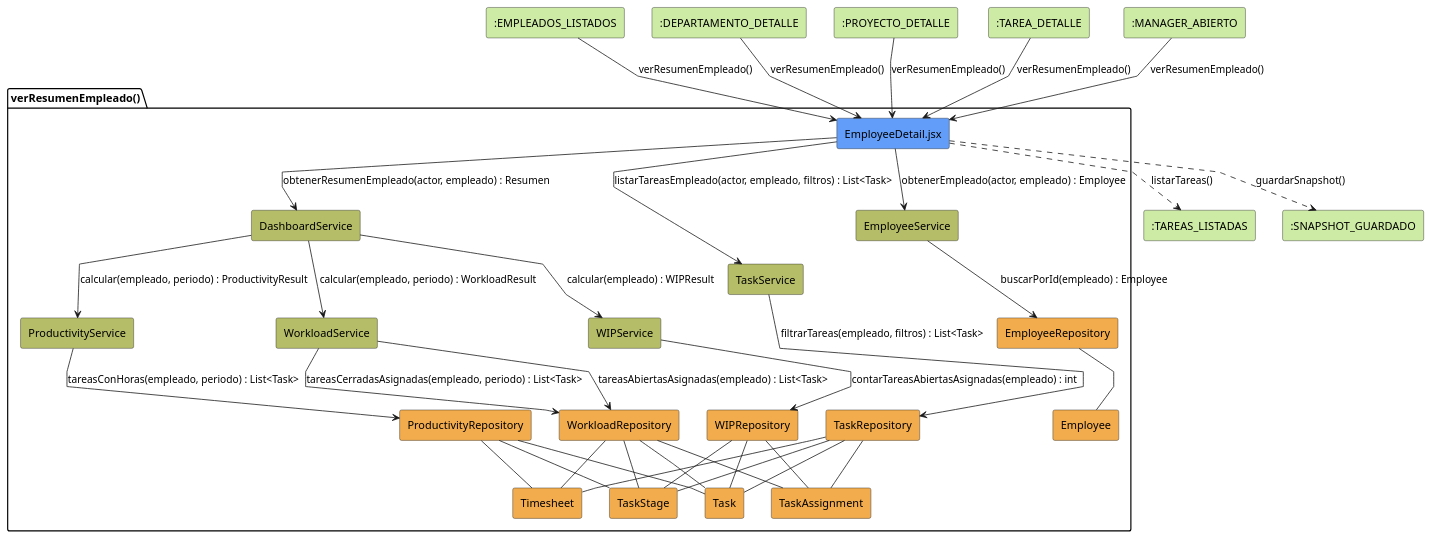
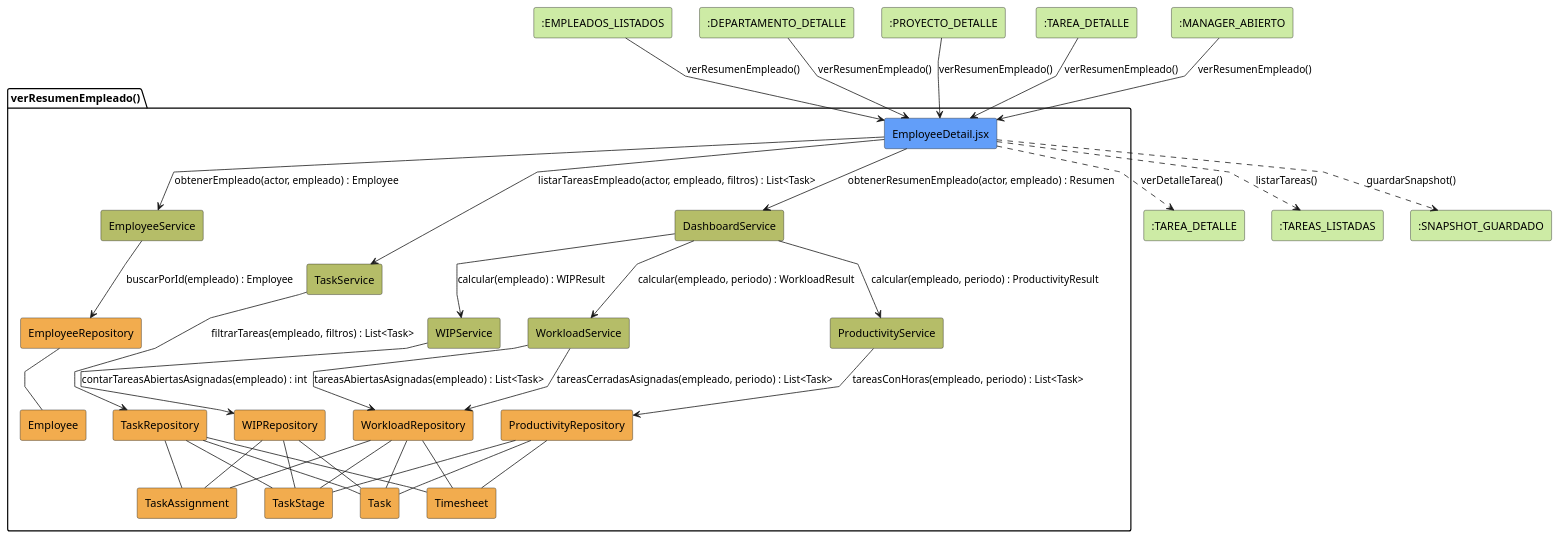
Before and after one commit to ceesargaarcia/GII-TFG-2026: the diagram in Estudiantes/cesar-garcia-eguiguren/Capítulo-3/diagramas/análisis/cu_03.puml, drawn with PlantUML. The commit also changed 2 other files, not shown here.

```diff
--- a/Estudiantes/cesar-garcia-eguiguren/Capítulo-3/diagramas/análisis/cu_03.puml
+++ b/Estudiantes/cesar-garcia-eguiguren/Capítulo-3/diagramas/análisis/cu_03.puml
@@ -1,75 +1,76 @@
 @startuml CU03-verResumenEmpleado-analisis
 skinparam linetype polyline
 
 rectangle #CDEBA5 ":EMPLEADOS_LISTADOS" as EntradaLista
 rectangle #CDEBA5 ":DEPARTAMENTO_DETALLE" as EntradaDept
 rectangle #CDEBA5 ":PROYECTO_DETALLE" as EntradaProyecto
 rectangle #CDEBA5 ":TAREA_DETALLE" as EntradaTarea
 rectangle #CDEBA5 ":MANAGER_ABIERTO" as EntradaManager
 
 package "verResumenEmpleado()" {
     rectangle #629EF9 "EmployeeDetail.jsx" as View
 
     rectangle #b5bd68 "EmployeeService" as EmpService
     rectangle #b5bd68 "DashboardService" as DashService
     rectangle #b5bd68 "WorkloadService" as WorkSvc
     rectangle #b5bd68 "WIPService" as WIPSvc
     rectangle #b5bd68 "ProductivityService" as ProdSvc
     rectangle #b5bd68 "TaskService" as TaskSvc
 
     rectangle #F2AC4E "EmployeeRepository" as EmpRepo
     rectangle #F2AC4E "WorkloadRepository" as WorkRepo
     rectangle #F2AC4E "WIPRepository" as WIPRepo
     rectangle #F2AC4E "ProductivityRepository" as ProdRepo
     rectangle #F2AC4E "TaskRepository" as TaskRepo
     rectangle #F2AC4E "Employee" as EmpModel
     rectangle #F2AC4E "Task" as TaskModel
     rectangle #F2AC4E "TaskStage" as StageModel
     rectangle #F2AC4E "Timesheet" as TSModel
     rectangle #F2AC4E "TaskAssignment" as AssignModel
 }
-
+rectangle #CDEBA5 ":TAREA_DETALLE" as SalidaTarea
 rectangle #CDEBA5 ":TAREAS_LISTADAS" as SalidaTareas
 rectangle #CDEBA5 ":SNAPSHOT_GUARDADO" as SalidaSnapshot
 
 EntradaLista  -down-> View : verResumenEmpleado()
 EntradaDept   -down-> View : verResumenEmpleado()
 EntradaProyecto -down-> View : verResumenEmpleado()
 EntradaTarea  -down-> View : verResumenEmpleado()
 EntradaManager -down-> View : verResumenEmpleado()
 
 View -d-> EmpService  : obtenerEmpleado(actor, empleado) : Employee
 EmpService --> EmpRepo : buscarPorId(empleado) : Employee
 EmpRepo -- EmpModel
 
 View -d-> DashService : obtenerResumenEmpleado(actor, empleado) : Resumen
 DashService --> WorkSvc : calcular(empleado, periodo) : WorkloadResult
 WorkSvc --> WorkRepo : tareasAbiertasAsignadas(empleado) : List<Task>
 WorkSvc --> WorkRepo : tareasCerradasAsignadas(empleado, periodo) : List<Task>
 WorkRepo -- TaskModel
 WorkRepo -- StageModel
 WorkRepo -- TSModel
 WorkRepo -- AssignModel
 
 DashService --> WIPSvc : calcular(empleado) : WIPResult
 WIPSvc --> WIPRepo : contarTareasAbiertasAsignadas(empleado) : int
 WIPRepo -- TaskModel
 WIPRepo -- StageModel
 WIPRepo -- AssignModel
 
 DashService --> ProdSvc : calcular(empleado, periodo) : ProductivityResult
 ProdSvc --> ProdRepo : tareasConHoras(empleado, periodo) : List<Task>
 ProdRepo -- TaskModel
 ProdRepo -- StageModel
 ProdRepo -- TSModel
 
 View -d-> TaskSvc : listarTareasEmpleado(actor, empleado, filtros) : List<Task>
 TaskSvc --> TaskRepo : filtrarTareas(empleado, filtros) : List<Task>
 TaskRepo -- TaskModel
 TaskRepo -- StageModel
 TaskRepo -- TSModel
 TaskRepo -- AssignModel
 
+View ..> SalidaTarea   : verDetalleTarea()
 View ..> SalidaTareas   : listarTareas()
 View ..> SalidaSnapshot : guardarSnapshot()
 @enduml
```
